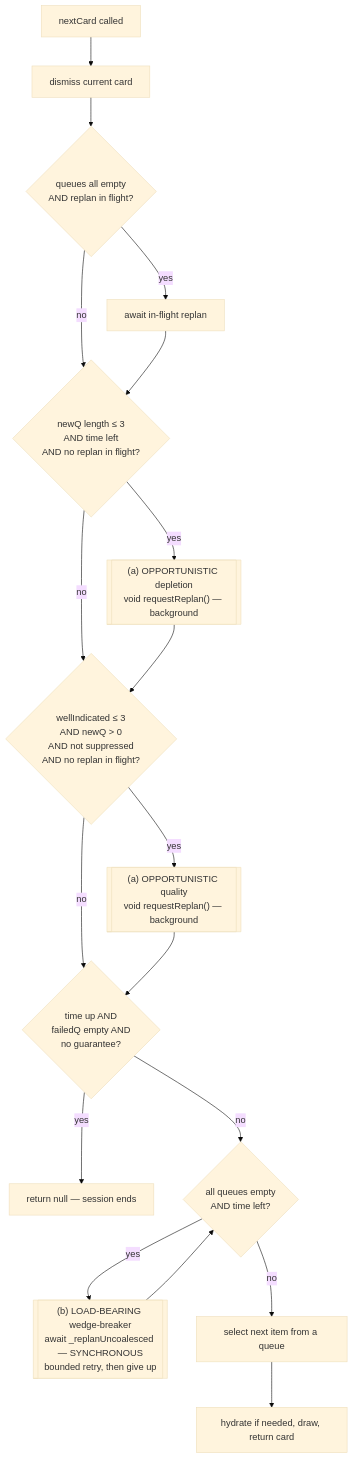
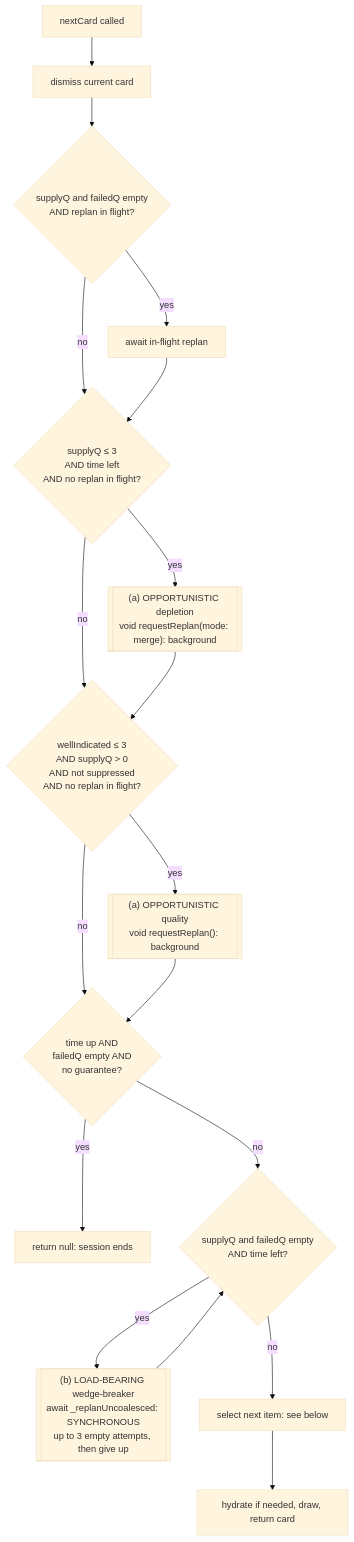
Before and after one commit to patched-network/vue-skuilder: the second of 3 diagrams in packages/db/docs/session-lifecycle-and-replan.md, drawn with Mermaid (base theme). The commit also changed other lines of this file, not shown here.

First line of the commit message:
docs: session-lifecycle-and-replan updated for the single supply queue

````diff
--- a/packages/db/docs/session-lifecycle-and-replan.md
+++ b/packages/db/docs/session-lifecycle-and-replan.md
@@ -111,29 +112,29 @@
 ```mermaid
 flowchart TD
     A[nextCard called] --> B[dismiss current card]
-    B --> C{queues all empty<br/>AND replan in flight?}
+    B --> C{supplyQ and failedQ empty<br/>AND replan in flight?}
     C -- yes --> C1[await in-flight replan]
     C -- no --> D
     C1 --> D
 
-    D{newQ length ≤ 3<br/>AND time left<br/>AND no replan in flight?} 
-    D -- yes --> D1[["(a) OPPORTUNISTIC depletion<br/>void requestReplan() — background"]]
+    D{supplyQ ≤ 3<br/>AND time left<br/>AND no replan in flight?}
+    D -- yes --> D1[["(a) OPPORTUNISTIC depletion<br/>void requestReplan(mode: merge): background"]]
     D -- no --> E
     D1 --> E
 
-    E{wellIndicated ≤ 3<br/>AND newQ > 0<br/>AND not suppressed<br/>AND no replan in flight?}
-    E -- yes --> E1[["(a) OPPORTUNISTIC quality<br/>void requestReplan() — background"]]
+    E{wellIndicated ≤ 3<br/>AND supplyQ > 0<br/>AND not suppressed<br/>AND no replan in flight?}
+    E -- yes --> E1[["(a) OPPORTUNISTIC quality<br/>void requestReplan(): background"]]
     E -- no --> F
     E1 --> F
 
     F{time up AND<br/>failedQ empty AND<br/>no guarantee?}
-    F -- yes --> F1[return null — session ends]
+    F -- yes --> F1[return null: session ends]
     F -- no --> G
 
-    G{all queues empty<br/>AND time left?}
-    G -- yes --> G1[["(b) LOAD-BEARING wedge-breaker<br/>await _replanUncoalesced — SYNCHRONOUS<br/>bounded retry, then give up"]]
+    G{supplyQ and failedQ empty<br/>AND time left?}
+    G -- yes --> G1[["(b) LOAD-BEARING wedge-breaker<br/>await _replanUncoalesced: SYNCHRONOUS<br/>up to 3 empty attempts, then give up"]]
     G -- no --> H
     G1 --> G
 
-    H[select next item from a queue] --> I[hydrate if needed, draw, return card]
+    H[select next item: see below] --> I[hydrate if needed, draw, return card]
 ```
````
